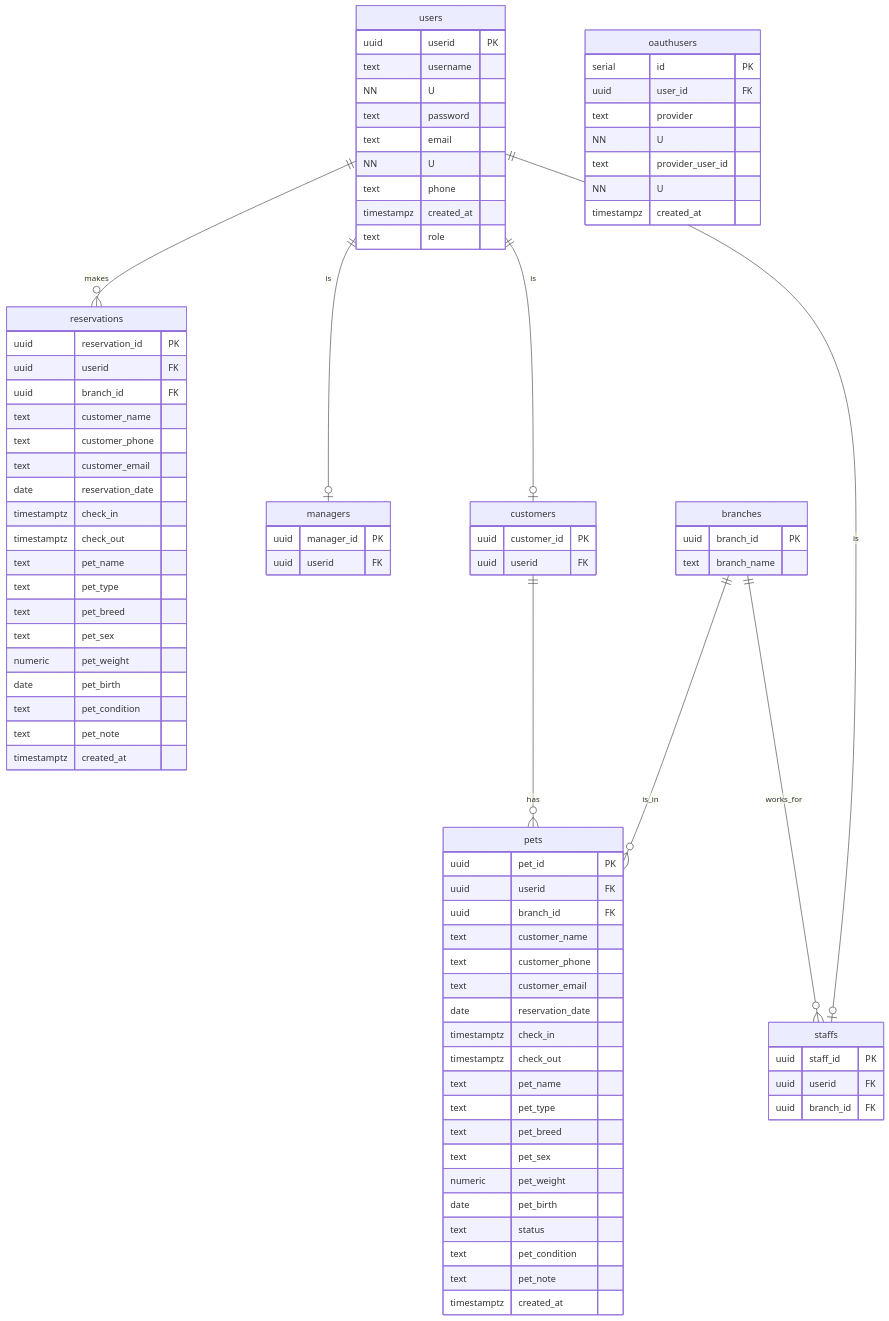
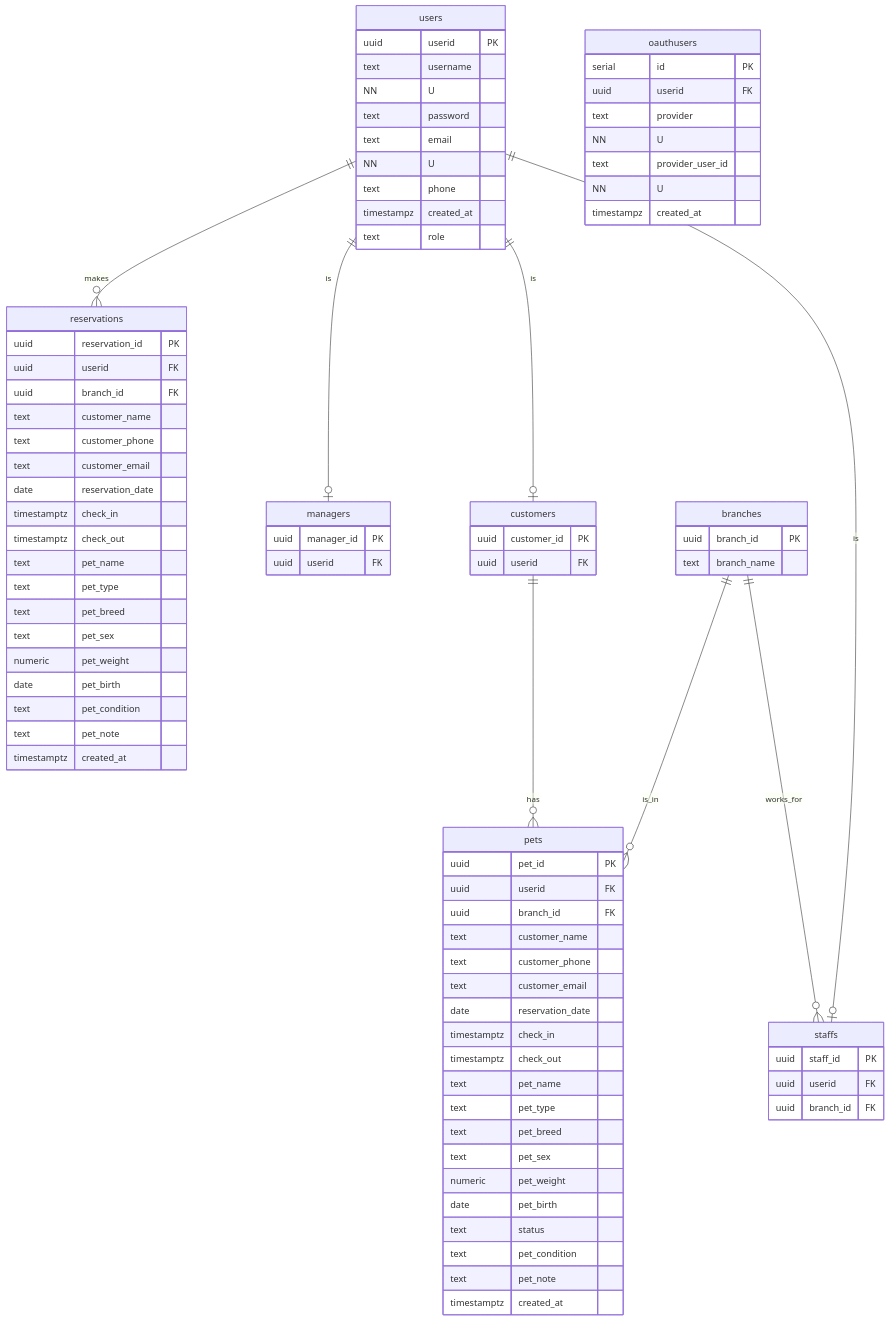
One commit to Rawitath/WanNiFakPrungNiLeaum changed the diagram in backend/DB_SCHEMA.md. Above: the diagram before and after it, drawn with Mermaid. The commit also changed 1 other file, not shown here.

Commit message:
underscore can change your life forever

```diff
--- a/backend/DB_SCHEMA.md
+++ b/backend/DB_SCHEMA.md
@@ -14,7 +14,7 @@
 
     oauthusers{
         serial id PK
-        uuid user_id FK
+        uuid userid FK
         text provider NN U
         text provider_user_id NN U
         timestampz created_at
```
